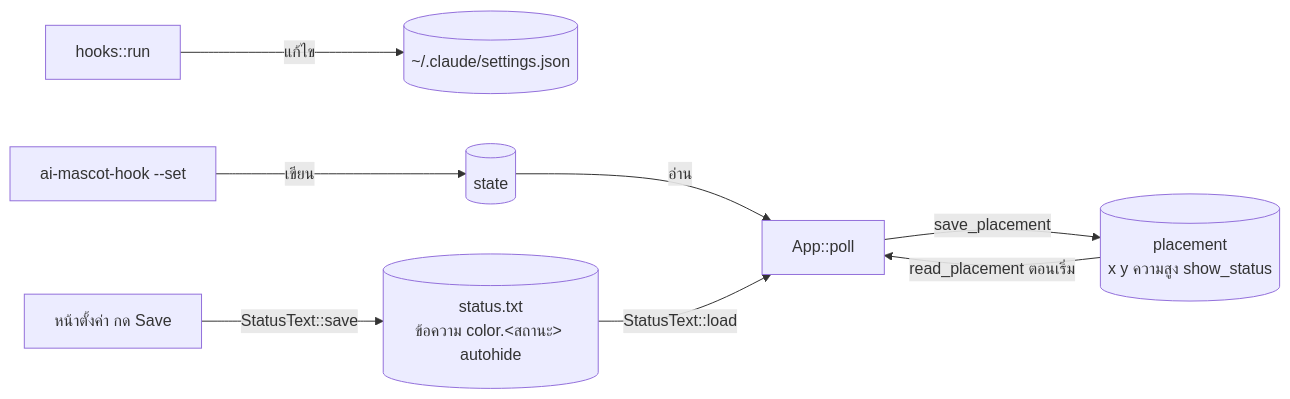
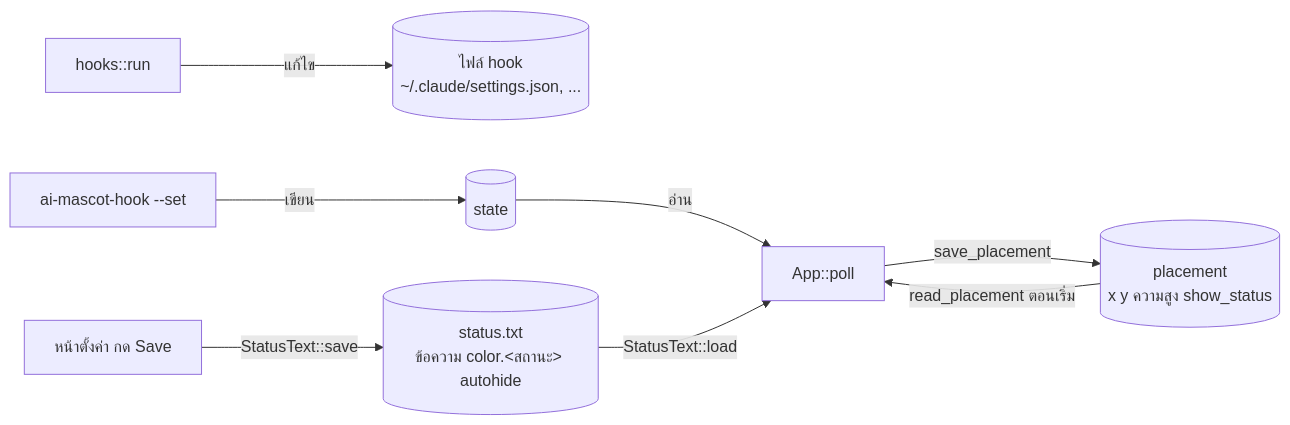
The seventh of 7 diagrams in docs/th/architecture.md (thanachaiakt/ai-mascot-hook), drawn with Mermaid before and after one commit. The commit also changed other lines of this file and 13 other files, not shown here.

````diff
--- a/docs/th/architecture.md
+++ b/docs/th/architecture.md
@@ -200,10 +200,10 @@
 ```mermaid
 flowchart LR
-    hooks2["hooks::run"] -- "แก้ไข" --> settings[("~/.claude/settings.json")]
+    hooks2["hooks::run"] -- "แก้ไข" --> settings[("ไฟล์ hook<br/>~/.claude/settings.json, ...")]
     setcmd["ai-mascot-hook --set"] -- "เขียน" --> state[("state")]
     state -- "อ่าน" --> app2["App::poll"]
     app2 -- "save_placement" --> placement[("placement<br/>x y ความสูง show_status")]
     placement -- "read_placement ตอนเริ่ม" --> app2
     editor2["หน้าตั้งค่า กด Save"] -- "StatusText::save" --> statustxt[("status.txt<br/>ข้อความ color.&lt;สถานะ&gt; autohide")]
     statustxt -- "StatusText::load" --> app2
 ```
````
